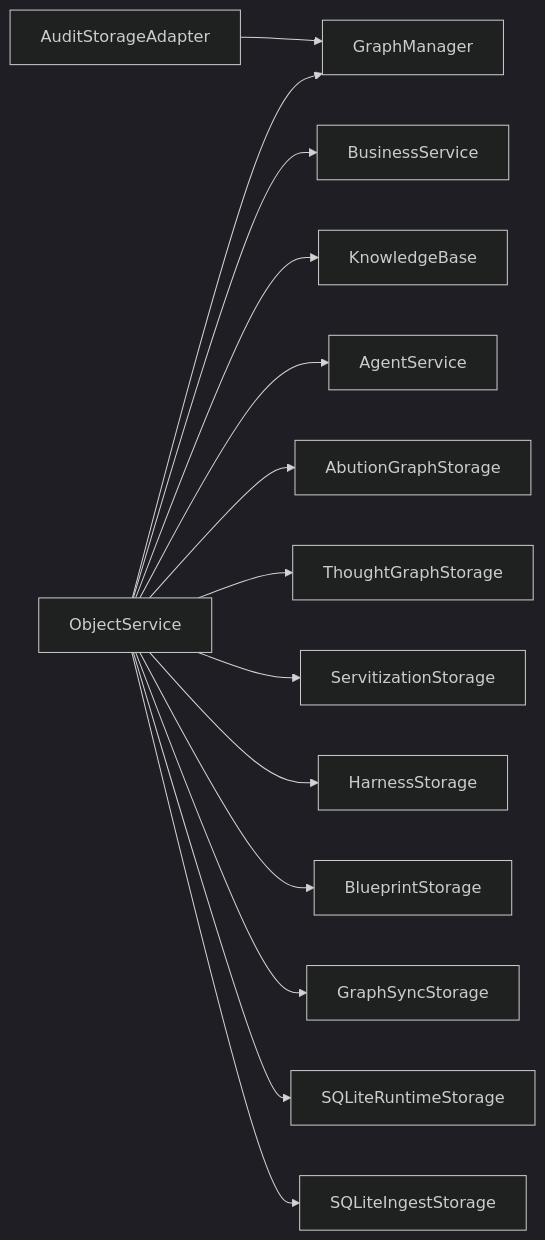
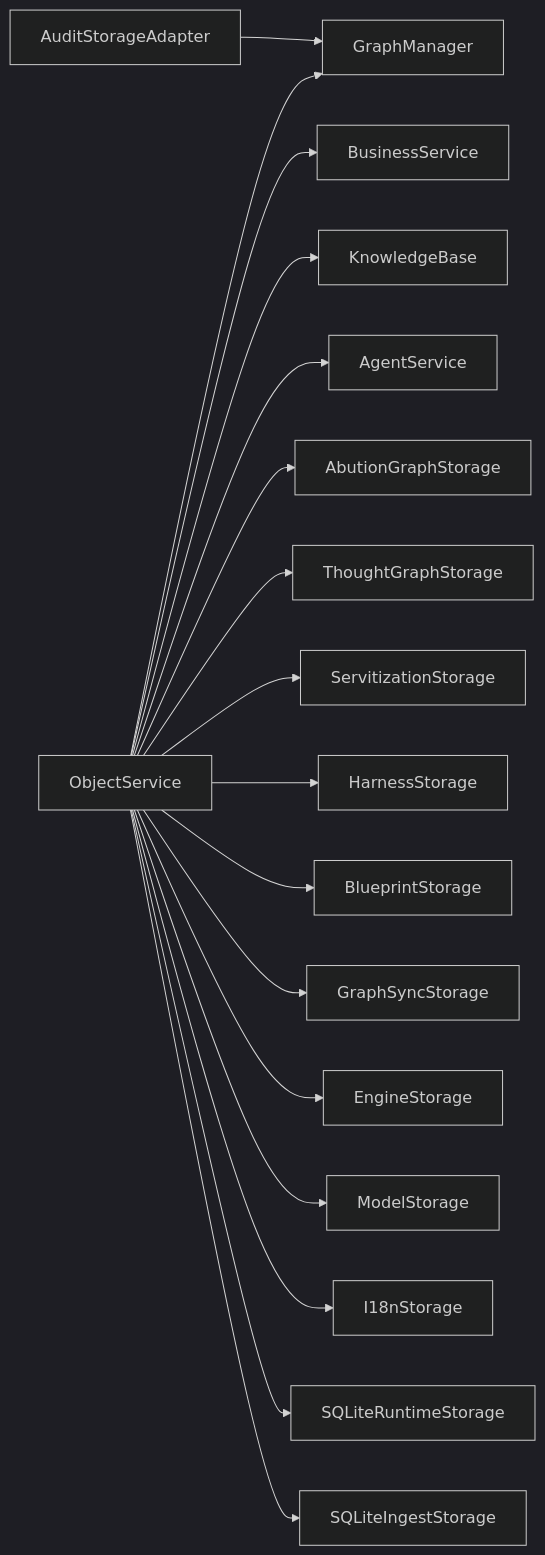
Before and after one commit to inier/ontology-graphiti: diagram 16 of 16 in .qoder/repowiki/zh/content/数据模型/存储策略.md, drawn with Mermaid (dark theme). The commit also changed other lines of this file and 56 other files, not shown here.

````diff
--- a/.qoder/repowiki/zh/content/数据模型/存储策略.md
+++ b/.qoder/repowiki/zh/content/数据模型/存储策略.md
@@ -661,16 +839,19 @@
 ```mermaid
 graph LR
 OS["ObjectService"] --> GM["GraphManager"]
 OS --> BS["BusinessService"]
 OS --> KB["KnowledgeBase"]
 OS --> AS["AgentService"]
 OS --> AB["AbutionGraphStorage"]
 OS --> TG["ThoughtGraphStorage"]
 OS --> SV["ServitizationStorage"]
 OS --> HS["HarnessStorage"]
 OS --> BP["BlueprintStorage"]
 OS --> GS["GraphSyncStorage"]
+OS --> ENG["EngineStorage"]
+OS --> MOD["ModelStorage"]
+OS --> I18N["I18nStorage"]
 OS --> RT["SQLiteRuntimeStorage"]
 OS --> IG["SQLiteIngestStorage"]
 GA["AuditStorageAdapter"] --> GM
 ```
````
